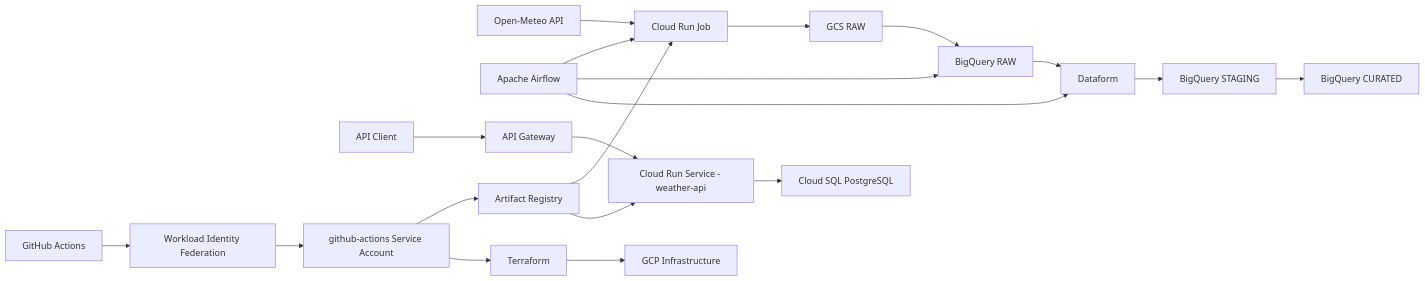
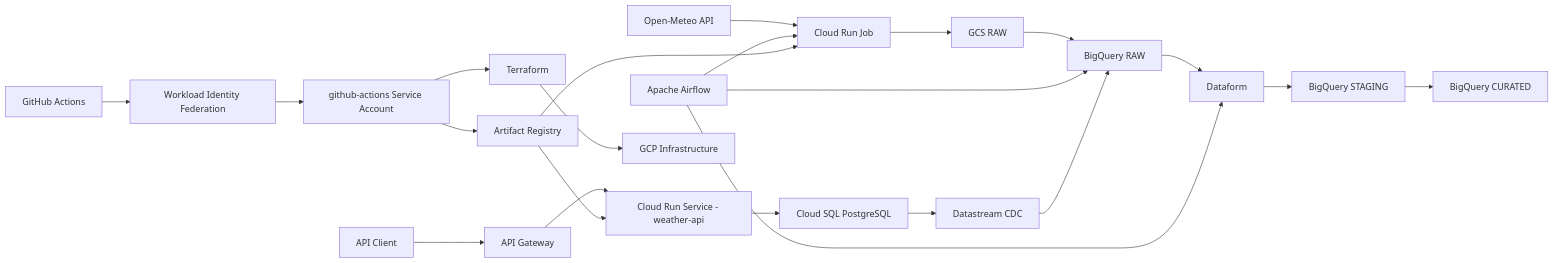
One commit to Maugun/gcp-weather-data-platform changed the diagram in README.md. Above: the diagram before and after it, drawn with Mermaid. The commit also changed other lines of this file and 4 other files, not shown here.

Commit message:
feat: add PostgreSQL CDC with Datastream

````diff
--- a/README.md
+++ b/README.md
@@ -14,29 +14,31 @@
 ```mermaid
 flowchart LR
     %% Data pipeline
     OM[Open-Meteo API] --> CRJ[Cloud Run Job]
     CRJ --> GCS[GCS RAW]
     GCS --> BQRAW[BigQuery RAW]
     BQRAW --> DF[Dataform]
     DF --> STG[BigQuery STAGING]
     STG --> CUR[BigQuery CURATED]
 
     AF[Apache Airflow] --> CRJ
     AF --> BQRAW
     AF --> DF
 
-    %% Operational API
+    %% Operational API + CDC
     CLIENT[API Client] --> GW[API Gateway]
     GW --> CRS[Cloud Run Service - weather-api]
     CRS --> PG[Cloud SQL PostgreSQL]
+    PG --> DS[Datastream CDC]
+    DS --> BQRAW
 
     %% CI/CD and IaC
     GH[GitHub Actions] --> WIF[Workload Identity Federation]
     WIF --> GHA[github-actions Service Account]
     GHA --> AR[Artifact Registry]
     GHA --> TF[Terraform]
     TF --> GCP[GCP Infrastructure]
 
     AR --> CRJ
     AR --> CRS
 ```
````
